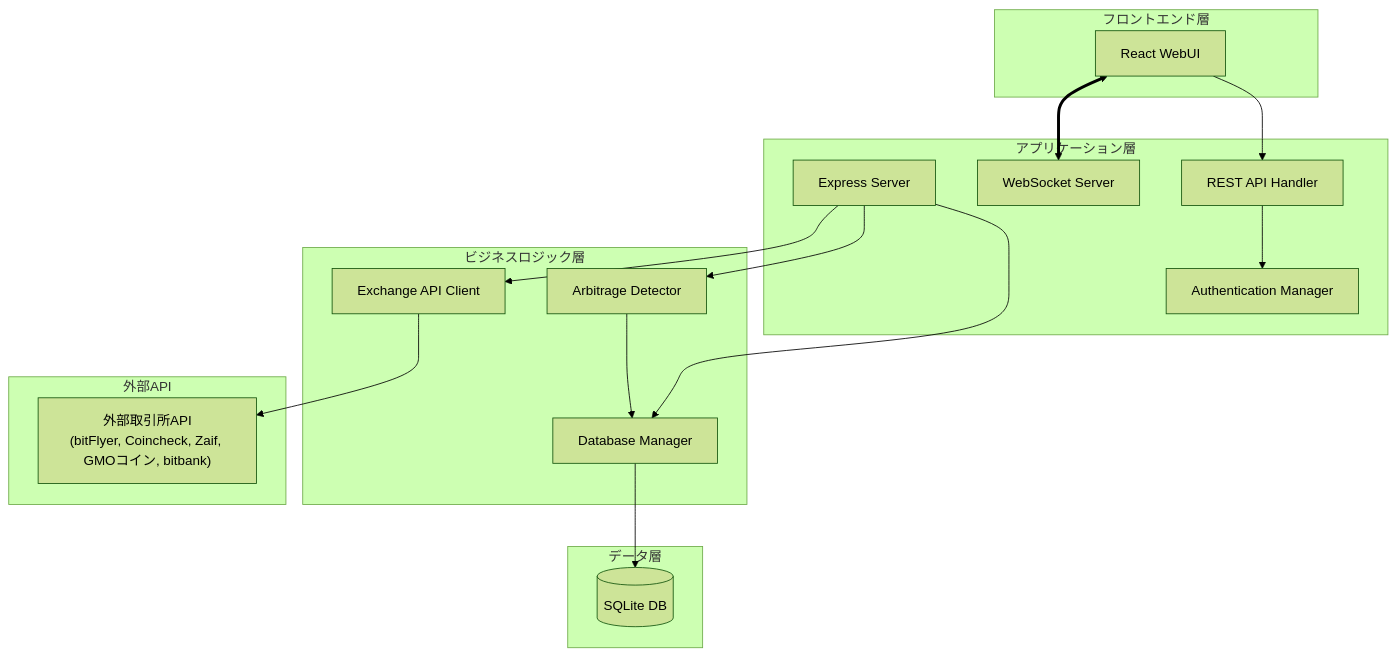
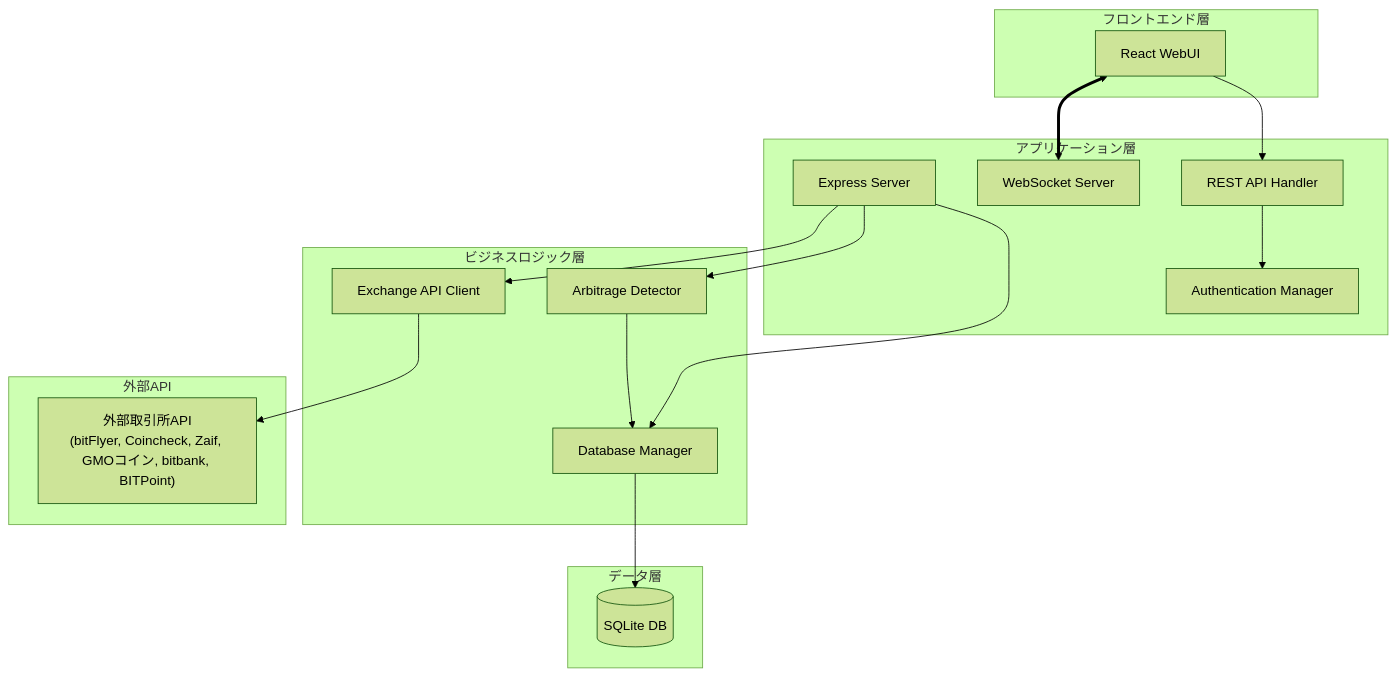
One commit to mnbhsgw/bitcoin-arbitrage2 changed the first of 5 diagrams in 高レベル設計書.md. Above: the diagram before and after it, drawn with Mermaid (forest theme). The commit also changed other lines of this file and 1 other file, not shown here.

````diff
--- a/高レベル設計書.md
+++ b/高レベル設計書.md
@@ -25,37 +25,37 @@
 ```mermaid
 graph TB
     subgraph "フロントエンド層"
         WebUI[React WebUI]
     end
     
     subgraph "アプリケーション層"
         Server[Express Server]
         WSS[WebSocket Server]
         API[REST API Handler]
         Auth[Authentication Manager]
     end
     
     subgraph "ビジネスロジック層"
         ExchangeAPI[Exchange API Client]
         ArbitrageDetector[Arbitrage Detector]
         Database[Database Manager]
     end
     
     subgraph "データ層"
         SQLite[(SQLite DB)]
     end
     
     subgraph "外部API"
-        ExternalAPIs["外部取引所API<br/>(bitFlyer, Coincheck, Zaif, GMOコイン, bitbank)"]
+        ExternalAPIs["外部取引所API<br/>(bitFlyer, Coincheck, Zaif, GMOコイン, bitbank, BITPoint)"]
     end
     
     WebUI <==> WSS
     WebUI --> API
     API --> Auth
     Server --> ExchangeAPI
     Server --> ArbitrageDetector
     Server --> Database
     ExchangeAPI --> ExternalAPIs
     ArbitrageDetector --> Database
     Database --> SQLite
 ```
````
